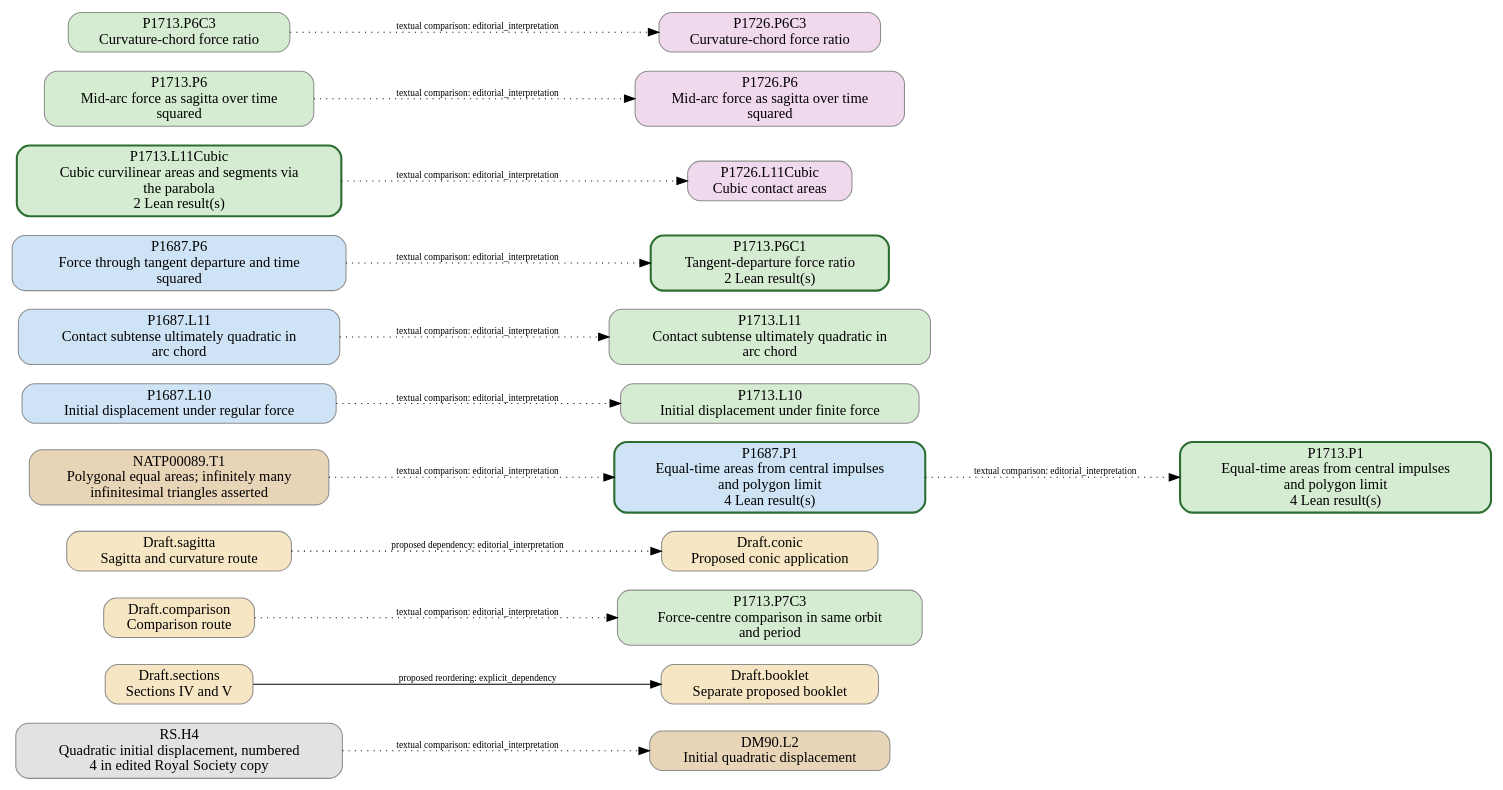
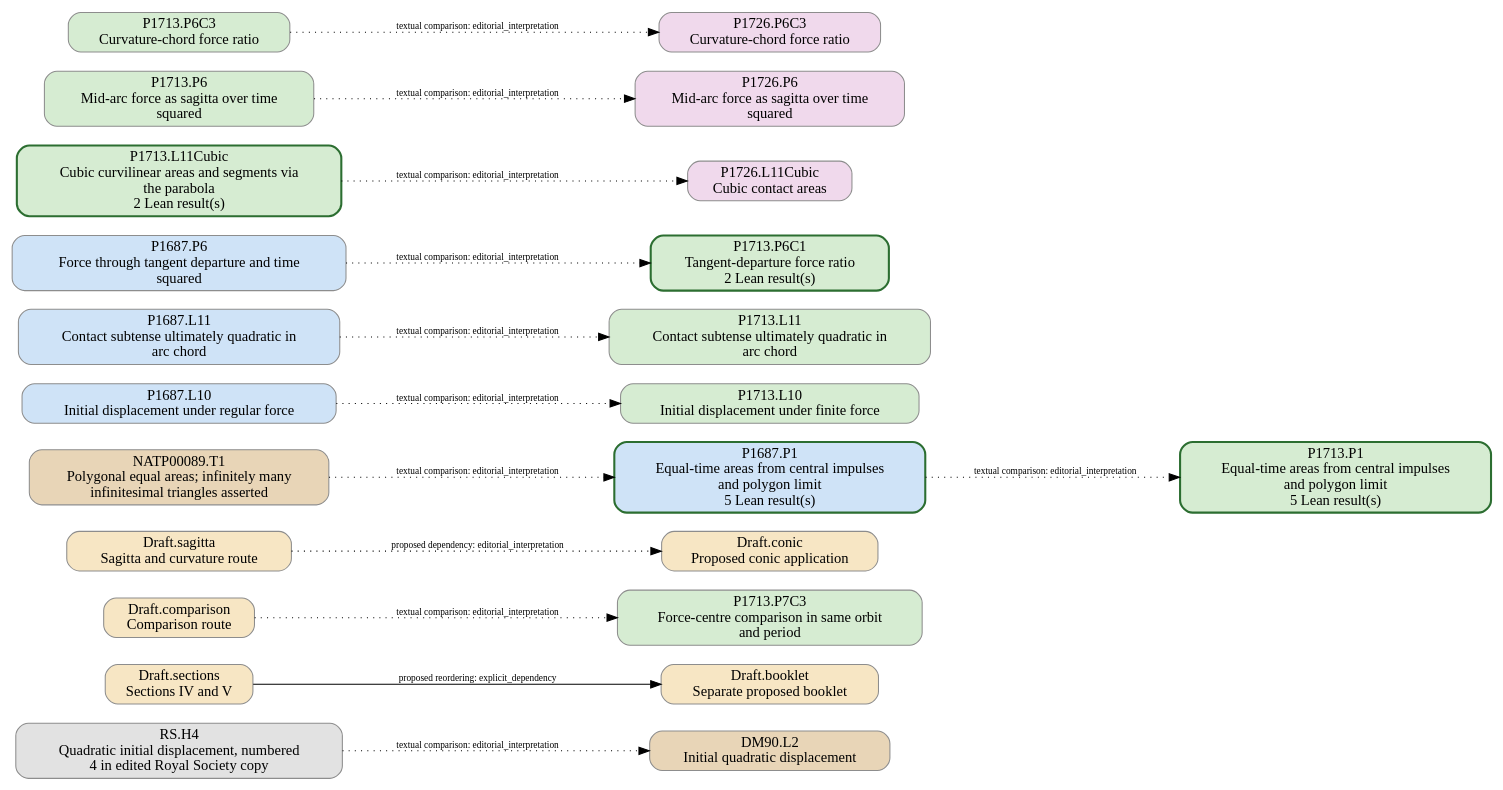
The diagram in docs/graphs/comparison.dot (arivero/newtonlean), drawn with Graphviz before and after one commit. The commit also changed 47 other files, not shown here.

```diff
--- a/docs/graphs/comparison.dot
+++ b/docs/graphs/comparison.dot
@@ -1,39 +1,39 @@
 digraph comparison {
   rankdir=LR;
   node [shape=box, style="rounded,filled"];
   "DM90.L2" [label="DM90.L2\nInitial quadratic displacement", fillcolor="#e8d5b7", color="#8d8d8d", penwidth=1];
   "Draft.booklet" [label="Draft.booklet\nSeparate proposed booklet", fillcolor="#f7e6c4", color="#8d8d8d", penwidth=1];
   "Draft.comparison" [label="Draft.comparison\nComparison route", fillcolor="#f7e6c4", color="#8d8d8d", penwidth=1];
   "Draft.conic" [label="Draft.conic\nProposed conic application", fillcolor="#f7e6c4", color="#8d8d8d", penwidth=1];
   "Draft.sagitta" [label="Draft.sagitta\nSagitta and curvature route", fillcolor="#f7e6c4", color="#8d8d8d", penwidth=1];
   "Draft.sections" [label="Draft.sections\nSections IV and V", fillcolor="#f7e6c4", color="#8d8d8d", penwidth=1];
   "NATP00089.T1" [label="NATP00089.T1\nPolygonal equal areas; infinitely many\ninfinitesimal triangles asserted", fillcolor="#e8d5b7", color="#8d8d8d", penwidth=1];
   "P1687.L10" [label="P1687.L10\nInitial displacement under regular force", fillcolor="#cfe3f7", color="#8d8d8d", penwidth=1];
   "P1687.L11" [label="P1687.L11\nContact subtense ultimately quadratic in\narc chord", fillcolor="#cfe3f7", color="#8d8d8d", penwidth=1];
-  "P1687.P1" [label="P1687.P1\nEqual-time areas from central impulses\nand polygon limit\n4 Lean result(s)", fillcolor="#cfe3f7", color="#2c6e31", penwidth=2];
+  "P1687.P1" [label="P1687.P1\nEqual-time areas from central impulses\nand polygon limit\n5 Lean result(s)", fillcolor="#cfe3f7", color="#2c6e31", penwidth=2];
   "P1687.P6" [label="P1687.P6\nForce through tangent departure and time\nsquared", fillcolor="#cfe3f7", color="#8d8d8d", penwidth=1];
   "P1713.L10" [label="P1713.L10\nInitial displacement under finite force", fillcolor="#d6ecd2", color="#8d8d8d", penwidth=1];
   "P1713.L11" [label="P1713.L11\nContact subtense ultimately quadratic in\narc chord", fillcolor="#d6ecd2", color="#8d8d8d", penwidth=1];
   "P1713.L11Cubic" [label="P1713.L11Cubic\nCubic curvilinear areas and segments via\nthe parabola\n2 Lean result(s)", fillcolor="#d6ecd2", color="#2c6e31", penwidth=2];
-  "P1713.P1" [label="P1713.P1\nEqual-time areas from central impulses\nand polygon limit\n4 Lean result(s)", fillcolor="#d6ecd2", color="#2c6e31", penwidth=2];
+  "P1713.P1" [label="P1713.P1\nEqual-time areas from central impulses\nand polygon limit\n5 Lean result(s)", fillcolor="#d6ecd2", color="#2c6e31", penwidth=2];
   "P1713.P6" [label="P1713.P6\nMid-arc force as sagitta over time\nsquared", fillcolor="#d6ecd2", color="#8d8d8d", penwidth=1];
   "P1713.P6C1" [label="P1713.P6C1\nTangent-departure force ratio\n2 Lean result(s)", fillcolor="#d6ecd2", color="#2c6e31", penwidth=2];
   "P1713.P6C3" [label="P1713.P6C3\nCurvature-chord force ratio", fillcolor="#d6ecd2", color="#8d8d8d", penwidth=1];
   "P1713.P7C3" [label="P1713.P7C3\nForce-centre comparison in same orbit\nand period", fillcolor="#d6ecd2", color="#8d8d8d", penwidth=1];
   "P1726.L11Cubic" [label="P1726.L11Cubic\nCubic contact areas", fillcolor="#f0d9ec", color="#8d8d8d", penwidth=1];
   "P1726.P6" [label="P1726.P6\nMid-arc force as sagitta over time\nsquared", fillcolor="#f0d9ec", color="#8d8d8d", penwidth=1];
   "P1726.P6C3" [label="P1726.P6C3\nCurvature-chord force ratio", fillcolor="#f0d9ec", color="#8d8d8d", penwidth=1];
   "RS.H4" [label="RS.H4\nQuadratic initial displacement, numbered\n4 in edited Royal Society copy", fillcolor="#e2e2e2", color="#8d8d8d", penwidth=1];
   "P1687.L10" -> "P1713.L10" [style=dotted, label="textual comparison: editorial_interpretation", fontsize=9];
   "RS.H4" -> "DM90.L2" [style=dotted, label="textual comparison: editorial_interpretation", fontsize=9];
   "NATP00089.T1" -> "P1687.P1" [style=dotted, label="textual comparison: editorial_interpretation", fontsize=9];
   "P1687.P1" -> "P1713.P1" [style=dotted, label="textual comparison: editorial_interpretation", fontsize=9];
   "P1687.L11" -> "P1713.L11" [style=dotted, label="textual comparison: editorial_interpretation", fontsize=9];
   "P1687.P6" -> "P1713.P6C1" [style=dotted, label="textual comparison: editorial_interpretation", fontsize=9];
   "P1713.P6" -> "P1726.P6" [style=dotted, label="textual comparison: editorial_interpretation", fontsize=9];
   "P1713.P6C3" -> "P1726.P6C3" [style=dotted, label="textual comparison: editorial_interpretation", fontsize=9];
   "P1713.L11Cubic" -> "P1726.L11Cubic" [style=dotted, label="textual comparison: editorial_interpretation", fontsize=9];
   "Draft.comparison" -> "P1713.P7C3" [style=dotted, label="textual comparison: editorial_interpretation", fontsize=9];
   "Draft.sections" -> "Draft.booklet" [style=solid, label="proposed reordering: explicit_dependency", fontsize=9];
   "Draft.sagitta" -> "Draft.conic" [style=dotted, label="proposed dependency: editorial_interpretation", fontsize=9];
 }
```
